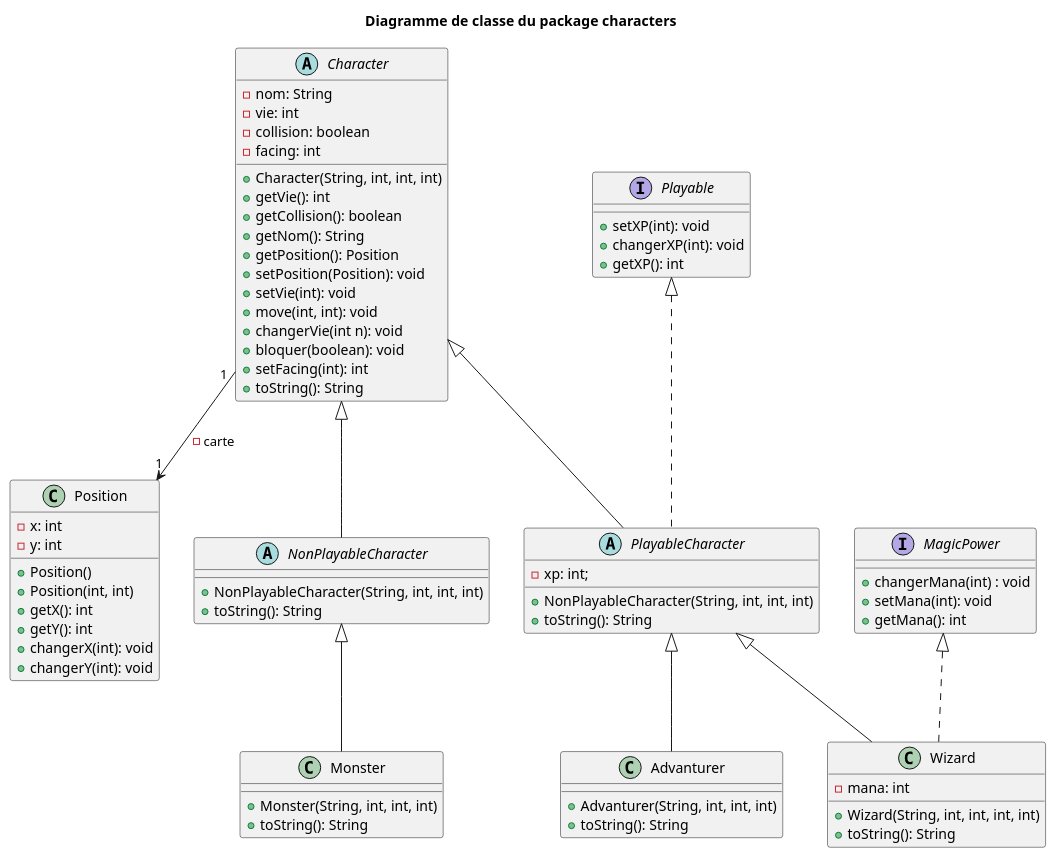
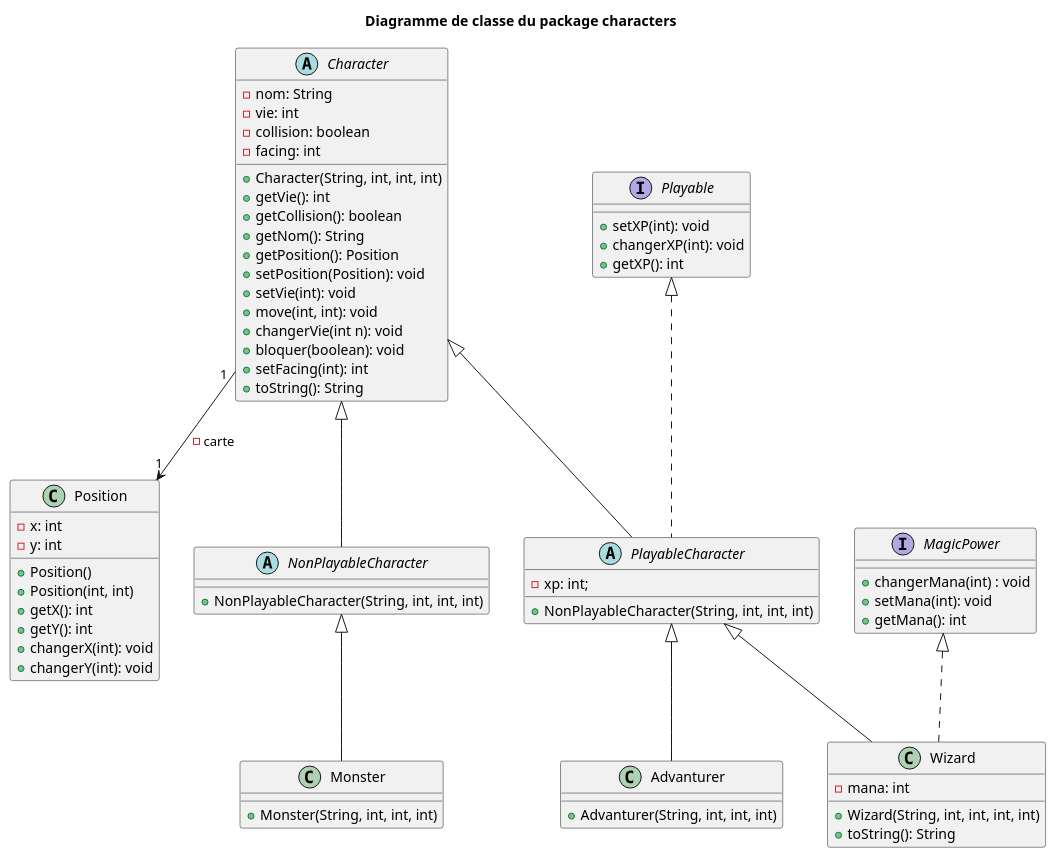
Before and after one commit to JeuFore/2020_COO_Zeldiablo_chastin3u_kieffe183u_chapell22u: the diagram in src/code/characters/diagClasse.wsd, drawn with PlantUML.

Commit message:
updated classes diagram

```diff
--- a/src/code/characters/diagClasse.wsd
+++ b/src/code/characters/diagClasse.wsd
@@ -1,74 +1,70 @@
 @startuml
 
 title Diagramme de classe du package characters
 
 Character "1" --> "1" Position : - carte
 
 abstract class Character {
     + Character(String, int, int, int)
     - nom: String
     - vie: int
     - collision: boolean
     - facing: int
     + getVie(): int
     + getCollision(): boolean
     + getNom(): String
     + getPosition(): Position
     + setPosition(Position): void
     + setVie(int): void 
     + move(int, int): void
     + changerVie(int n): void
     + bloquer(boolean): void
     + setFacing(int): int
     + toString(): String
 }
 
 interface Playable {
     + setXP(int): void
     + changerXP(int): void
     + getXP(): int
 }
 
 interface MagicPower {
     + changerMana(int) : void
     + setMana(int): void
     + getMana(): int
 }
 
 abstract class NonPlayableCharacter extends Character {
     + NonPlayableCharacter(String, int, int, int)
-    + toString(): String
 }
 abstract class PlayableCharacter extends Character implements Playable {
     - xp: int;
     + NonPlayableCharacter(String, int, int, int)
-    + toString(): String
 }
 
 class Advanturer extends PlayableCharacter {
     + Advanturer(String, int, int, int)
-    + toString(): String
 }
 class Wizard extends PlayableCharacter implements MagicPower {
     - mana: int
     + Wizard(String, int, int, int, int)
     + toString(): String
 }
 
 class Monster extends NonPlayableCharacter {
     + Monster(String, int, int, int)
-    + toString(): String
 }
 
 class Position {
     + Position()
     + Position(int, int)
     - x: int
     - y: int
     + getX(): int
     + getY(): int
     + changerX(int): void
     + changerY(int): void
 }
 
 @enduml
```
